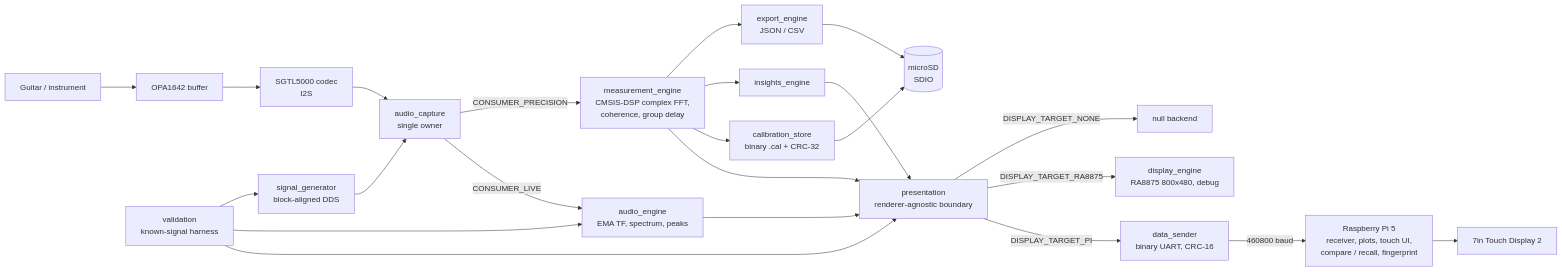
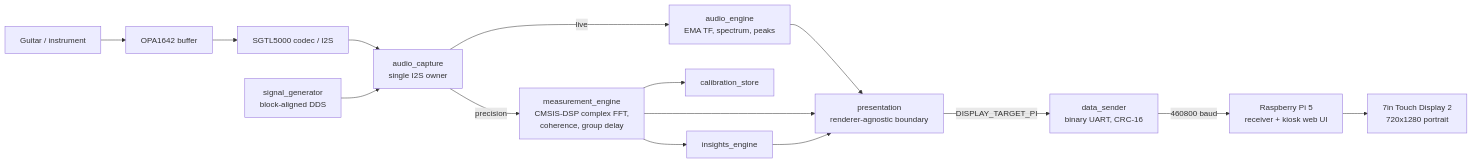
Before and after one commit to conley-vidal-eng-goat/guitar_rig_analyzer: the diagram in README.md, drawn with Mermaid. The commit also changed other lines of this file, not shown here.

````diff
--- a/README.md
+++ b/README.md
@@ -96,25 +95,16 @@
 ```mermaid
 flowchart LR
     Inst[Guitar / instrument] --> Buf[OPA1642 buffer]
-    Buf --> Codec[SGTL5000 codec\nI2S]
-    Codec --> Cap[audio_capture\nsingle owner]
-    Cap -- CONSUMER_LIVE --> Eng[audio_engine\nEMA TF, spectrum, peaks]
-    Cap -- CONSUMER_PRECISION --> Meas[measurement_engine\nCMSIS-DSP complex FFT,\ncoherence, group delay]
-    Eng --> Pres[presentation\nrenderer-agnostic boundary]
+    Buf --> Codec[SGTL5000 codec / I2S]
+    Codec --> Cap[audio_capture<br/>single I2S owner]
+    Cap -- live --> Eng[audio_engine<br/>EMA TF, spectrum, peaks]
+    Cap -- precision --> Meas[measurement_engine<br/>CMSIS-DSP complex FFT,<br/>coherence, group delay]
+    Eng --> Pres[presentation<br/>renderer-agnostic boundary]
     Meas --> Pres
-    Meas --> Cal[calibration_store\nbinary .cal + CRC-32]
-    Meas --> Ins[insights_engine]
-    Ins --> Pres
-    Val --> Pres
-    Pres -- DISPLAY_TARGET_PI --> DS[data_sender\nbinary UART, CRC-16]
-    Pres -- DISPLAY_TARGET_RA8875 --> Disp[display_engine\nRA8875 800x480, debug]
-    Pres -- DISPLAY_TARGET_NONE --> Null[null backend]
-    DS -- 460800 baud --> Pi[Raspberry Pi 5\nreceiver, plots, touch UI,\ncompare / recall, fingerprint]
-    Pi --> Panel[7in Touch Display 2]
-    Meas --> Exp[export_engine\nJSON / CSV]
-    Cal --> SD[(microSD\nSDIO)]
-    Exp --> SD
-    Gen[signal_generator\nblock-aligned DDS] --> Cap
-    Val[validation\nknown-signal harness] --> Eng
-    Val --> Gen
+    Meas --> Cal[calibration_store]
+    Meas --> Ins[insights_engine] --> Pres
+    Pres -- DISPLAY_TARGET_PI --> DS[data_sender<br/>binary UART, CRC-16]
+    DS -- 460800 baud --> Pi[Raspberry Pi 5<br/>receiver + kiosk web UI]
+    Pi --> Panel[7in Touch Display 2<br/>720x1280 portrait]
+    Gen[signal_generator<br/>block-aligned DDS] --> Cap
 ```
````
